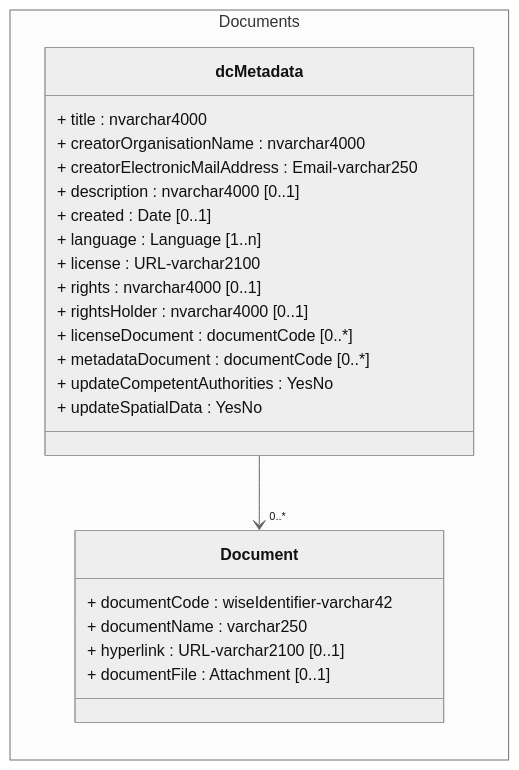
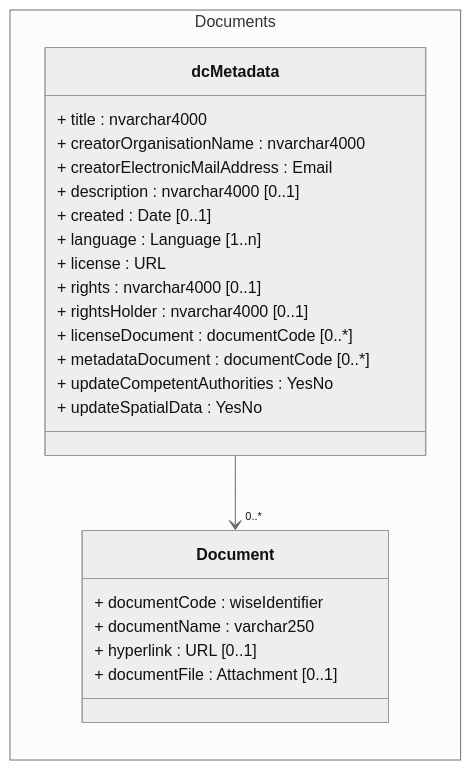
Before and after one commit to eeadata/WISE.WFD.Documentation: the diagram in docs/DataModelReview/mmd/RBDCA_4thCycle_Documents_ClassDiagram.mmd, drawn with Mermaid. The commit also changed 6 other files, not shown here.

Commit message:
RBD & CA - Corrections to layout of Mermaid diagrams.

```diff
--- a/docs/DataModelReview/mmd/RBDCA_4thCycle_Documents_ClassDiagram.mmd
+++ b/docs/DataModelReview/mmd/RBDCA_4thCycle_Documents_ClassDiagram.mmd
@@ -1,27 +1,33 @@
-%%{init: {'theme': 'neutral'}}%%
+---
+config:
+  class:
+    hideEmptyMembersBox: true
+  layout: dagre
+  theme: neutral
+---
 classDiagram
 direction LR
 namespace Documents {
 class dcMetadata {
 + title : nvarchar4000
 + creatorOrganisationName : nvarchar4000
-+ creatorElectronicMailAddress : Email-varchar250
++ creatorElectronicMailAddress : Email
 + description : nvarchar4000 [0..1]
 + created : Date [0..1]
 + language : Language [1..n]
-+ license : URL-varchar2100
++ license : URL
 + rights : nvarchar4000 [0..1]
 + rightsHolder : nvarchar4000 [0..1]
 + licenseDocument : documentCode [0..*]
 + metadataDocument : documentCode [0..*]
 + updateCompetentAuthorities : YesNo
 + updateSpatialData : YesNo
 }
 class Document {
-+ documentCode : wiseIdentifier-varchar42
++ documentCode : wiseIdentifier
 + documentName : varchar250
-+ hyperlink : URL-varchar2100 [0..1]
++ hyperlink : URL [0..1]
 + documentFile : Attachment [0..1]
 }
 }
 dcMetadata --> "0..*" Document
```
